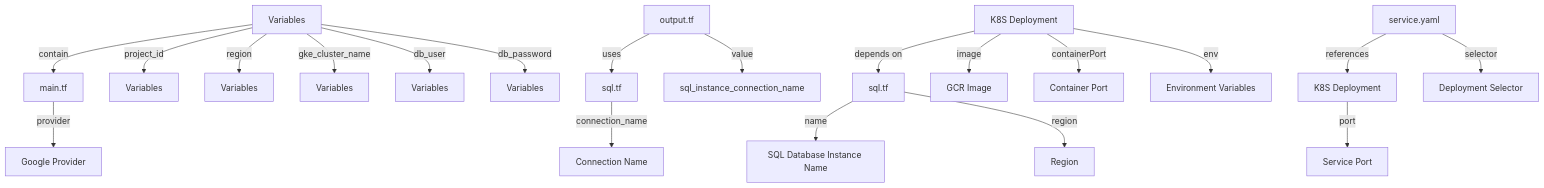
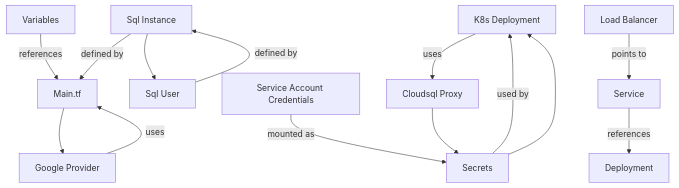
One commit to Hacka25/webapp changed the fourth of 4 diagrams in README.md. Above: the diagram before and after it, drawn with Mermaid. The commit also changed other lines of this file, not shown here.

Commit message:
[skip-autodocs] Update README and architecture diagram

````diff
--- a/README.md
+++ b/README.md
@@ -191,29 +198,17 @@
 ```mermaid
 graph TD
-  A[Variables] -->|contain| B[main.tf]
-  C[K8S Deployment] -->|depends on| D[sql.tf]
-  E[output.tf] -->|uses| F[sql.tf]
-  G[service.yaml] -->|references| H[K8S Deployment]
+    A[Variables] -->|references| B[Main.tf]
+    C[Google Provider] -->|uses| B
+    D[Sql Instance] -->|defined by| B
+    E[Sql User] -->|defined by| D
+    F[K8s Deployment] -->|uses| G[Cloudsql Proxy]
+    H[Secrets] -->|used by| F
+    I[Service Account Credentials] -->|mounted as| H
+    J[Service] -->|references| K[Deployment]
+    L[Load Balancer] -->|points to| J
 
-  A -->|project_id| I[Variables]
-  A -->|region| J[Variables]
-  A -->|gke_cluster_name| K[Variables]
-  A -->|db_user| L[Variables]
-  A -->|db_password| M[Variables]
-
-  B -->|provider| N[Google Provider]
-
-  C -->|image| O[GCR Image]
-  C -->|containerPort| P[Container Port]
-  C -->|env| Q[Environment Variables]
-
-  D -->|name| R[SQL Database Instance Name]
-  D -->|region| S[Region]
-
-  E -->|value| T[sql_instance_connection_name]
-
-  F -->|connection_name| U[Connection Name]
-
-  G -->|selector| V[Deployment Selector]
-  H -->|port| W[Service Port]
+    B --> C
+    D --> E
+    G --> H
+    H --> F
 ```
````
